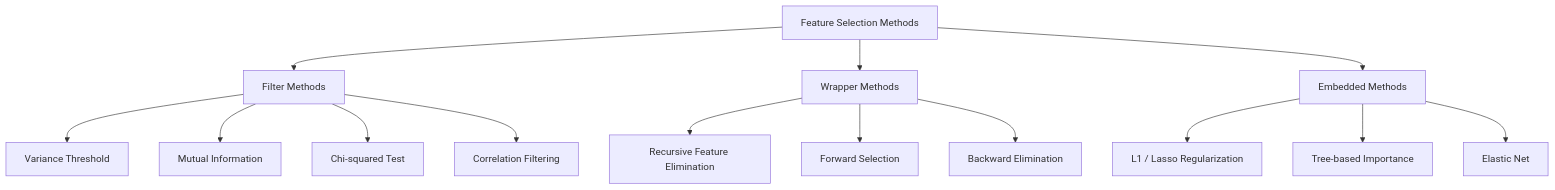
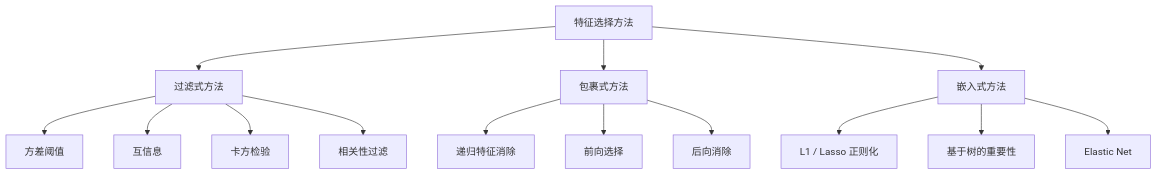
One commit to JerryC8080/ai-engineering-from-scratch-zh changed the first of 4 diagrams in phases/02-ml-fundamentals/18-feature-selection/docs/zh.md. Above: the diagram before and after it, drawn with Mermaid. The commit also changed other lines of this file and 156 other files, not shown here.

First line of the commit message:
i18n(zh): translate mermaid diagram labels in 157 lesson zh.md

````diff
--- a/phases/02-ml-fundamentals/18-feature-selection/docs/zh.md
+++ b/phases/02-ml-fundamentals/18-feature-selection/docs/zh.md
@@ -35,19 +35,19 @@
 ```mermaid
 flowchart TD
-    A[Feature Selection Methods] --> B[Filter Methods]
-    A --> C[Wrapper Methods]
-    A --> D[Embedded Methods]
+    A[特征选择方法] --> B[过滤式方法]
+    A --> C[包裹式方法]
+    A --> D[嵌入式方法]
 
-    B --> B1["Variance Threshold"]
-    B --> B2["Mutual Information"]
-    B --> B3["Chi-squared Test"]
-    B --> B4["Correlation Filtering"]
+    B --> B1["方差阈值"]
+    B --> B2["互信息"]
+    B --> B3["卡方检验"]
+    B --> B4["相关性过滤"]
 
-    C --> C1["Recursive Feature Elimination"]
-    C --> C2["Forward Selection"]
-    C --> C3["Backward Elimination"]
+    C --> C1["递归特征消除"]
+    C --> C2["前向选择"]
+    C --> C3["后向消除"]
 
-    D --> D1["L1 / Lasso Regularization"]
-    D --> D2["Tree-based Importance"]
+    D --> D1["L1 / Lasso 正则化"]
+    D --> D2["基于树的重要性"]
     D --> D3["Elastic Net"]
 ```
````
